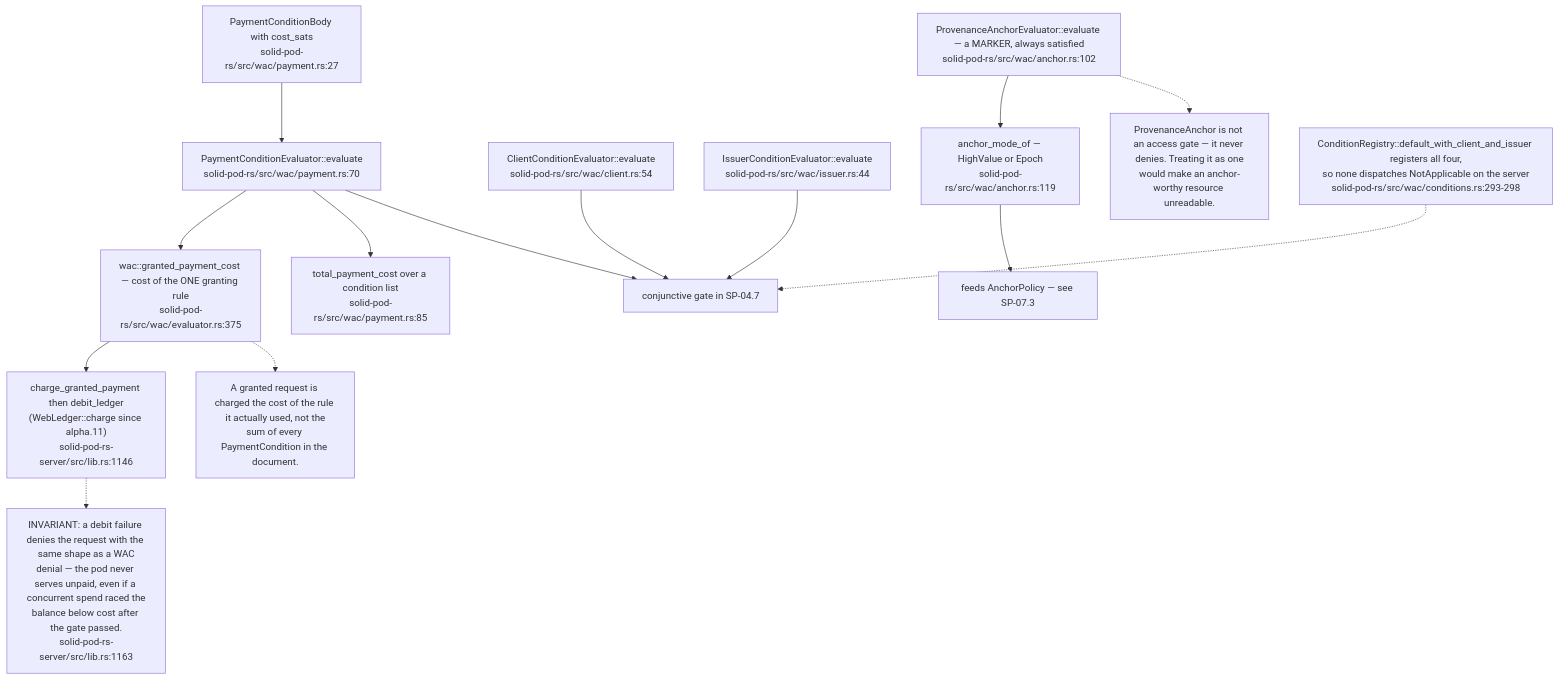
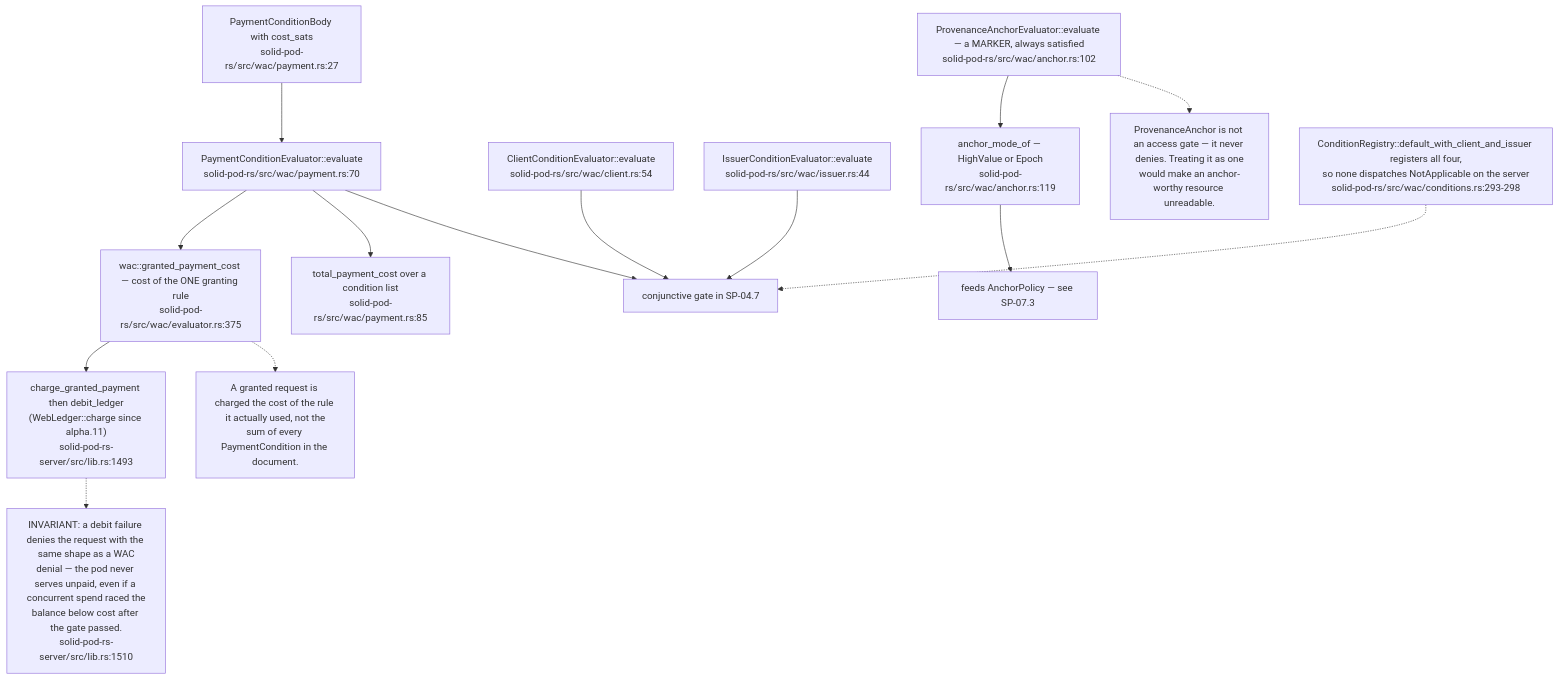
Before and after one commit to DreamLab-AI/VisionFlow: diagram 11 of 16 in docs/diagrams/solid-pod-rs/04-wac-authorisation.md, drawn with Mermaid. The commit also changed other lines of this file, not shown here.

First line of the commit message:
docs(diagrams): SP-04 re-verified at solid-pod-rs a28a748

````diff
--- a/docs/diagrams/solid-pod-rs/04-wac-authorisation.md
+++ b/docs/diagrams/solid-pod-rs/04-wac-authorisation.md
@@ -370,28 +388,28 @@
 ```mermaid
 flowchart TD
     PAY["PaymentConditionEvaluator::evaluate<br/>solid-pod-rs/src/wac/payment.rs:70"]
     BODY["PaymentConditionBody with cost_sats<br/>solid-pod-rs/src/wac/payment.rs:27"]
     TOT["total_payment_cost over a condition list<br/>solid-pod-rs/src/wac/payment.rs:85"]
     GPC["wac::granted_payment_cost — cost of the ONE granting rule<br/>solid-pod-rs/src/wac/evaluator.rs:375"]
-    CG["charge_granted_payment then debit_ledger<br/>(WebLedger::charge since alpha.11)<br/>solid-pod-rs-server/src/lib.rs:1146"]
+    CG["charge_granted_payment then debit_ledger<br/>(WebLedger::charge since alpha.11)<br/>solid-pod-rs-server/src/lib.rs:1493"]
     CLI["ClientConditionEvaluator::evaluate<br/>solid-pod-rs/src/wac/client.rs:54"]
     ISS["IssuerConditionEvaluator::evaluate<br/>solid-pod-rs/src/wac/issuer.rs:44"]
     ANC["ProvenanceAnchorEvaluator::evaluate — a MARKER, always satisfied<br/>solid-pod-rs/src/wac/anchor.rs:102"]
     MODE["anchor_mode_of — HighValue or Epoch<br/>solid-pod-rs/src/wac/anchor.rs:119"]
 
     BODY --> PAY --> GPC --> CG
     PAY --> TOT
     CLI --> GATE["conjunctive gate in SP-04.7"]
     ISS --> GATE
     PAY --> GATE
     ANC --> MODE --> PROV["feeds AnchorPolicy — see SP-07.3"]
 
     N1["A granted request is charged the cost of the rule it actually used, not the<br/>sum of every PaymentCondition in the document."]
     GPC -.-> N1
-    N2["INVARIANT: a debit failure denies the request with the same shape as a WAC<br/>denial — the pod never serves unpaid, even if a concurrent spend raced the<br/>balance below cost after the gate passed.<br/>solid-pod-rs-server/src/lib.rs:1163"]
+    N2["INVARIANT: a debit failure denies the request with the same shape as a WAC<br/>denial — the pod never serves unpaid, even if a concurrent spend raced the<br/>balance below cost after the gate passed.<br/>solid-pod-rs-server/src/lib.rs:1510"]
     CG -.-> N2
     N3["ProvenanceAnchor is not an access gate — it never denies. Treating it as one<br/>would make an anchor-worthy resource unreadable."]
     ANC -.-> N3
     REG["ConditionRegistry::default_with_client_and_issuer registers all four,<br/>so none dispatches NotApplicable on the server<br/>solid-pod-rs/src/wac/conditions.rs:293-298"]
     REG -.-> GATE
 ```
````
